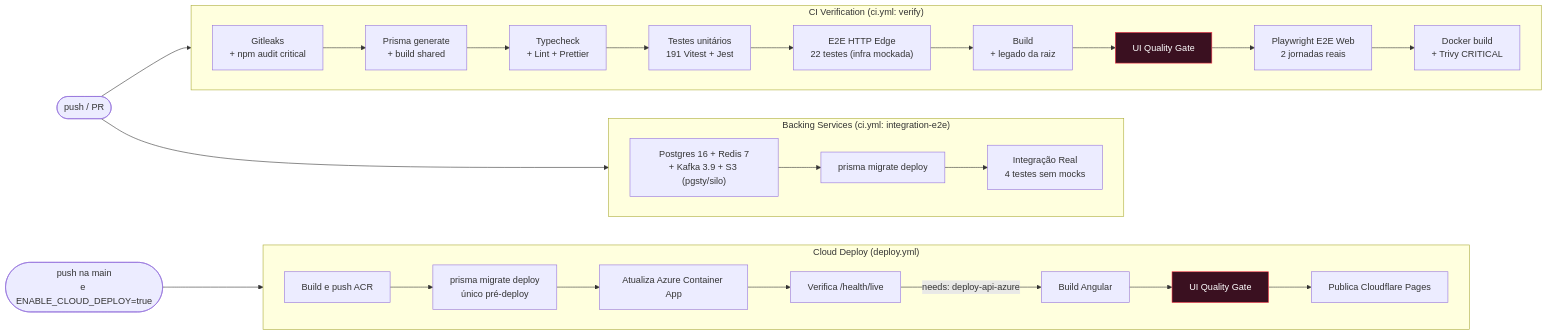
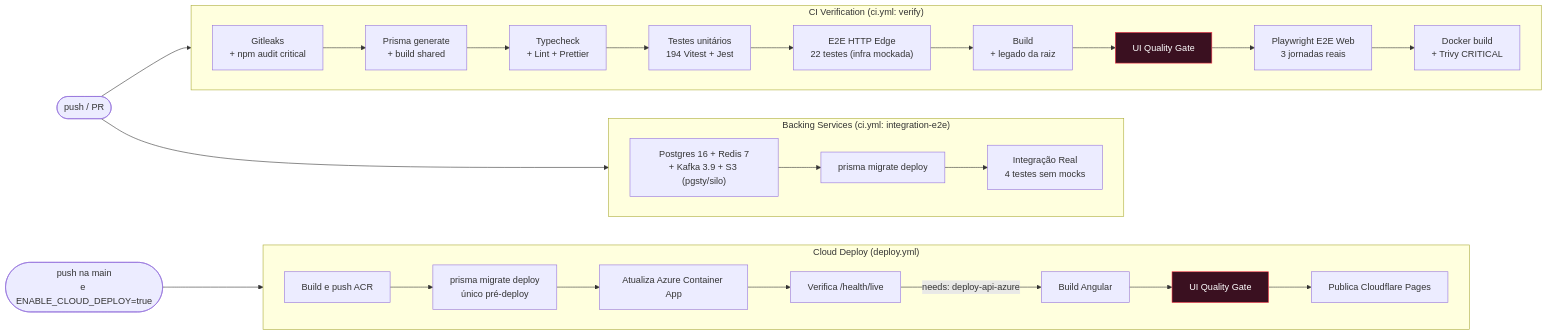
One commit to Digooow/pokedex-frontend changed the eighth of 12 diagrams in README.md. Above: the diagram before and after it, drawn with Mermaid. The commit also changed other lines of this file and 49 other files, not shown here.

````diff
--- a/README.md
+++ b/README.md
@@ -482,32 +483,32 @@
 ```mermaid
 flowchart LR
   push(["push / PR"]) --> v
   push --> integ
 
   subgraph v["CI Verification (ci.yml: verify)"]
     direction LR
     s0["Gitleaks<br/>+ npm audit critical"] --> s1["Prisma generate<br/>+ build shared"] --> s2["Typecheck<br/>+ Lint + Prettier"]
-    s2 --> s4["Testes unitários<br/>191 Vitest + Jest"]
+    s2 --> s4["Testes unitários<br/>194 Vitest + Jest"]
     s4 --> s5["E2E HTTP Edge<br/>22 testes (infra mockada)"]
     s5 --> s6["Build<br/>+ legado da raiz"]
     s6 --> s7["UI Quality Gate"]
-    s7 --> s7b["Playwright E2E Web<br/>2 jornadas reais"]
+    s7 --> s7b["Playwright E2E Web<br/>3 jornadas reais"]
     s7b --> s8["Docker build<br/>+ Trivy CRITICAL"]
   end
 
   subgraph integ["Backing Services (ci.yml: integration-e2e)"]
     direction LR
     i1["Postgres 16 + Redis 7<br/>+ Kafka 3.9 + S3 (pgsty/silo)"] --> i2["prisma migrate deploy"] --> i3["Integração Real<br/>4 testes sem mocks"]
   end
 
   push2(["push na main<br/>e ENABLE_CLOUD_DEPLOY=true"]) --> d
 
   subgraph d["Cloud Deploy (deploy.yml)"]
     direction LR
     a1["Build e push ACR"] --> a1b["prisma migrate deploy<br/>único pré-deploy"] --> a2["Atualiza Azure Container App"] --> a3["Verifica /health/live"]
     a3 -->|"needs: deploy-api-azure"| b1["Build Angular"] --> b2["UI Quality Gate"] --> b3["Publica Cloudflare Pages"]
   end
 
   classDef gate fill:#3a1020,stroke:#ff3b4e,color:#fff
   class s7,b2 gate
 ```
````
